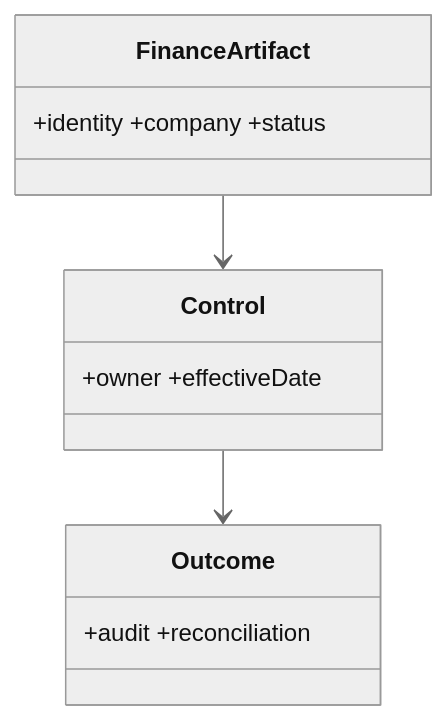
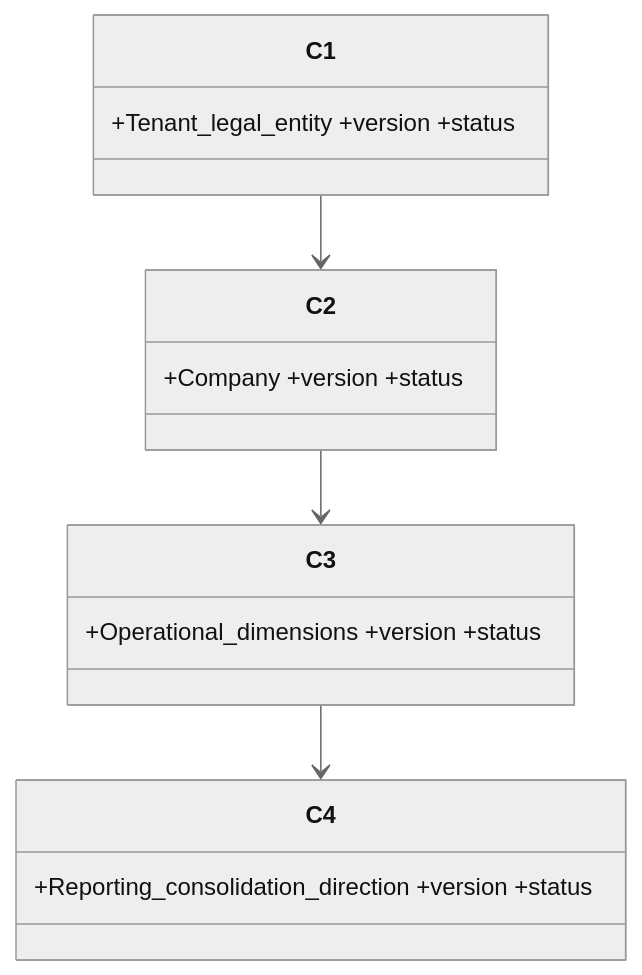
Before and after one commit to vakarkhan17/FlowCraft-Business-OS: the sixth of 46 diagrams in docs/blueprint/FCSB-Volume-14-Finance-Solution-Architecture.md, drawn with Mermaid (neutral theme). The commit also changed other lines of this file, not shown here.

Commit message:
docs(blueprint): rewrite FCSB Volume 14 finance architecture

```diff
--- a/docs/blueprint/FCSB-Volume-14-Finance-Solution-Architecture.md
+++ b/docs/blueprint/FCSB-Volume-14-Finance-Solution-Architecture.md
@@ -72,8 +113,10 @@
 ~~~mermaid
 classDiagram
-  class FinanceArtifact {+identity +company +status}
-  class Control {+owner +effectiveDate}
-  class Outcome {+audit +reconciliation}
-  FinanceArtifact --> Control
-  Control --> Outcome
+  class C1 {+Tenant_legal_entity +version +status}
+  class C2 {+Company +version +status}
+  class C3 {+Operational_dimensions +version +status}
+  class C4 {+Reporting_consolidation_direction +version +status}
+  C1 --> C2
+  C2 --> C3
+  C3 --> C4
 ~~~
```
